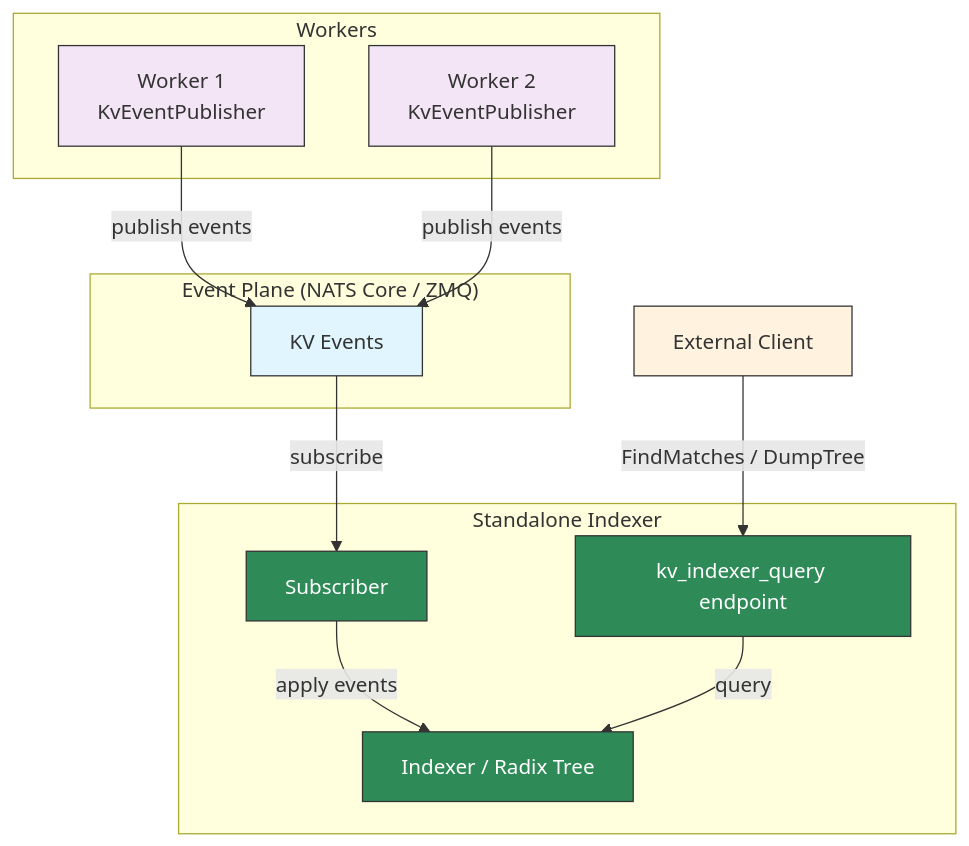
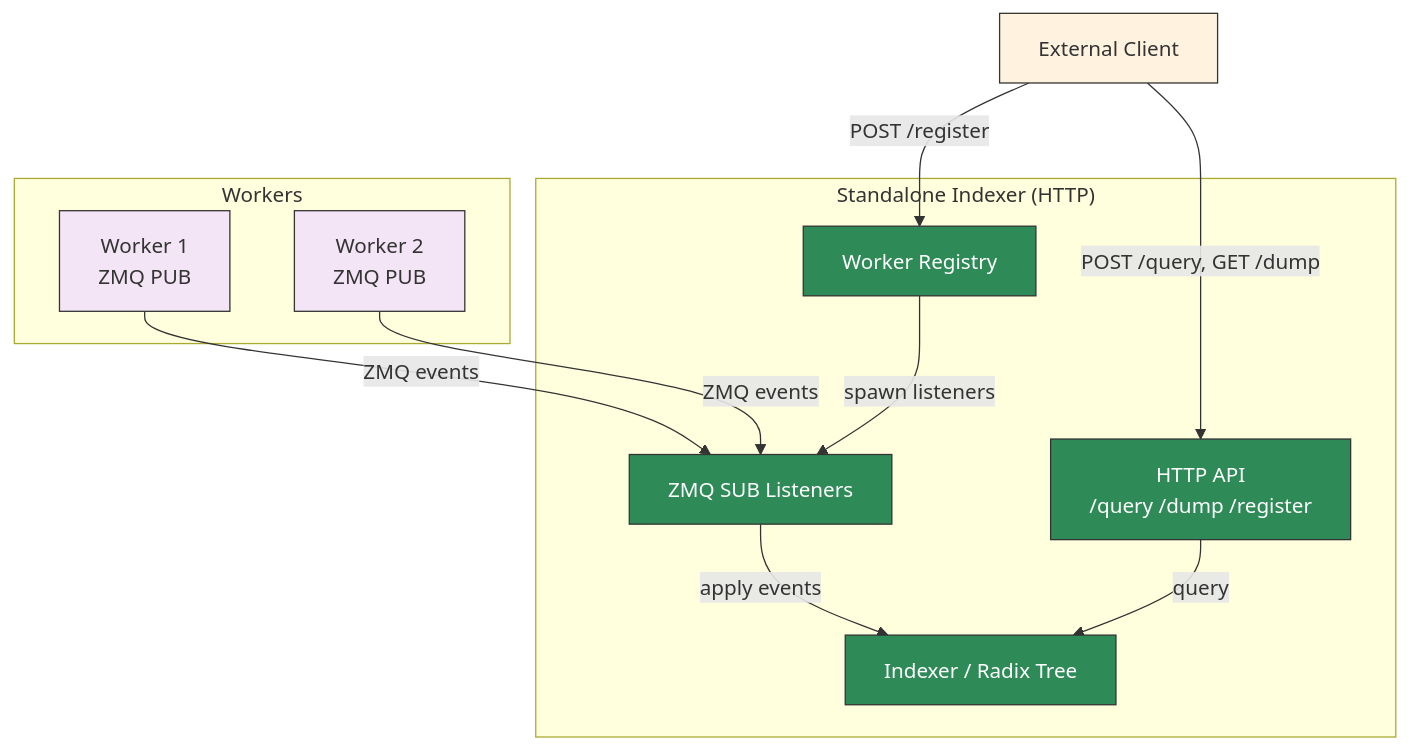
Before and after one commit to ai-dynamo/dynamo: the diagram in fern/pages-dev/components/router/standalone-indexer.md, drawn with Mermaid. The commit also changed other lines of this file, not shown here.

````diff
--- a/fern/pages-dev/components/router/standalone-indexer.md
+++ b/fern/pages-dev/components/router/standalone-indexer.md
@@ -81,34 +146,32 @@
 ```mermaid
 graph TD
     subgraph Workers
-        W1[Worker 1<br/>KvEventPublisher]
-        W2[Worker 2<br/>KvEventPublisher]
+        W1[Worker 1<br/>ZMQ PUB]
+        W2[Worker 2<br/>ZMQ PUB]
     end
 
-    subgraph "Event Plane (NATS Core / ZMQ)"
-        EP[KV Events]
-    end
-
-    subgraph "Standalone Indexer"
-        SUB[Subscriber]
+    subgraph "Standalone Indexer (HTTP)"
+        REG[Worker Registry]
+        ZMQ[ZMQ SUB Listeners]
         IDX[Indexer / Radix Tree]
-        QE[kv_indexer_query endpoint]
+        HTTP[HTTP API<br/>/query /dump /register]
     end
 
     CLIENT[External Client]
 
-    W1 -->|publish events| EP
-    W2 -->|publish events| EP
-    EP -->|subscribe| SUB
-    SUB -->|apply events| IDX
-    CLIENT -->|FindMatches / DumpTree| QE
-    QE -->|query| IDX
+    W1 -->|ZMQ events| ZMQ
+    W2 -->|ZMQ events| ZMQ
+    CLIENT -->|POST /register| REG
+    REG -->|spawn listeners| ZMQ
+    ZMQ -->|apply events| IDX
+    CLIENT -->|POST /query, GET /dump| HTTP
+    HTTP -->|query| IDX
 
-    style EP fill:#e1f5fe,stroke:#333,color:#333
     style W1 fill:#f3e5f5,stroke:#333,color:#333
     style W2 fill:#f3e5f5,stroke:#333,color:#333
     style IDX fill:#2e8b57,stroke:#333,color:#fff
-    style SUB fill:#2e8b57,stroke:#333,color:#fff
-    style QE fill:#2e8b57,stroke:#333,color:#fff
+    style ZMQ fill:#2e8b57,stroke:#333,color:#fff
+    style REG fill:#2e8b57,stroke:#333,color:#fff
+    style HTTP fill:#2e8b57,stroke:#333,color:#fff
     style CLIENT fill:#fff3e0,stroke:#333,color:#333
 ```
````
